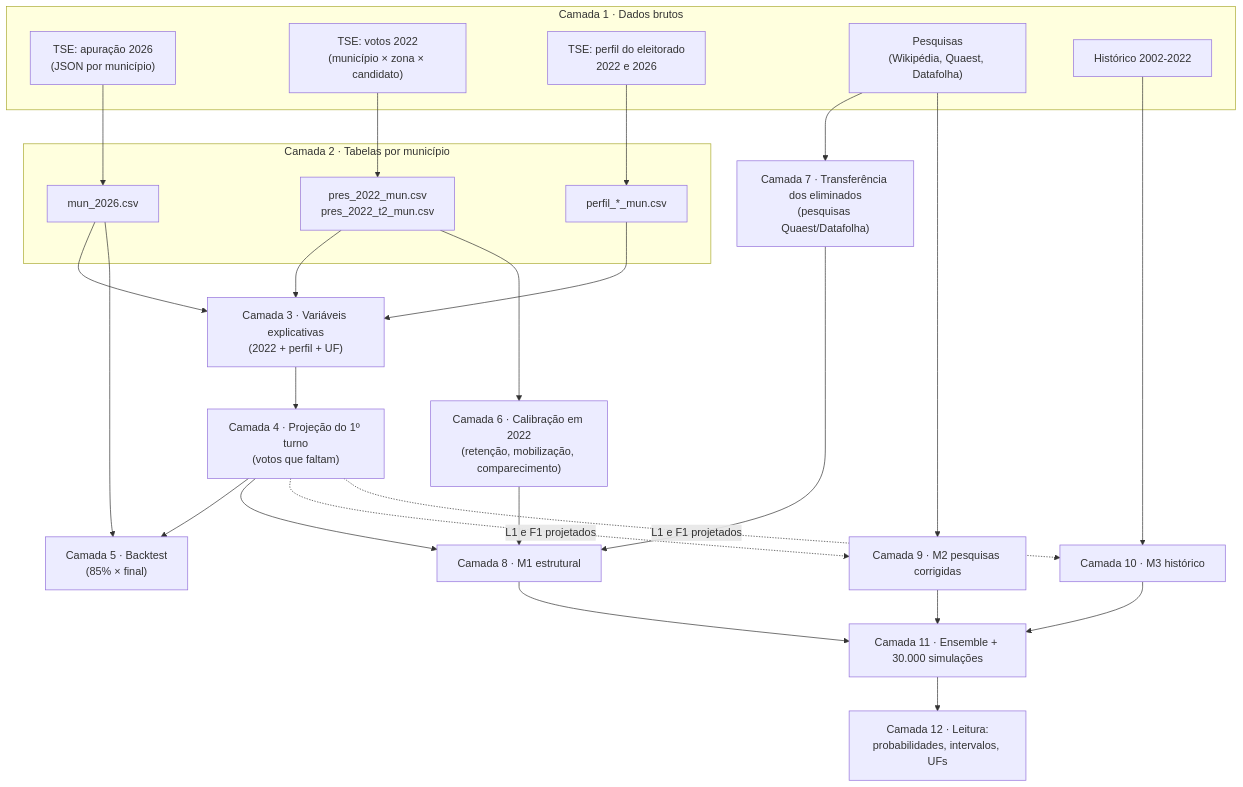
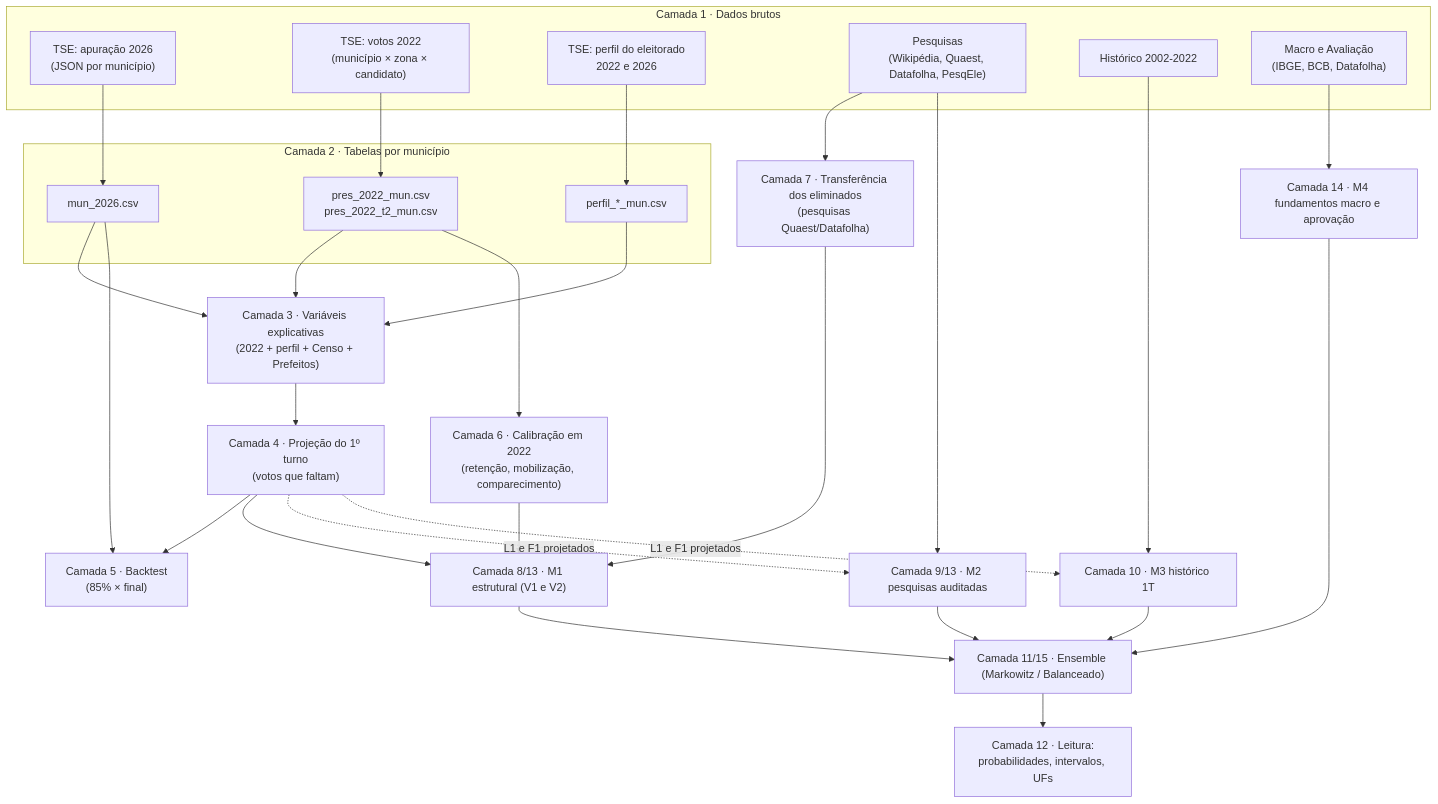
Before and after one commit to berndof/eleicao-2026: the diagram in docs/camadas.pt.md, drawn with Mermaid. The commit also changed other lines of this file and 21 other files, not shown here.

````diff
--- a/docs/camadas.pt.md
+++ b/docs/camadas.pt.md
@@ -12,39 +12,42 @@
 ```mermaid
 flowchart TD
     subgraph L1["Camada 1 · Dados brutos"]
         R1["TSE: apuração 2026<br/>(JSON por município)"]
         R2["TSE: votos 2022<br/>(município × zona × candidato)"]
         R3["TSE: perfil do eleitorado<br/>2022 e 2026"]
-        R4["Pesquisas<br/>(Wikipédia, Quaest, Datafolha)"]
+        R4["Pesquisas<br/>(Wikipédia, Quaest, Datafolha, PesqEle)"]
         R5["Histórico 2002-2022"]
+        R6["Macro e Avaliação<br/>(IBGE, BCB, Datafolha)"]
     end
     subgraph L2["Camada 2 · Tabelas por município"]
         T1["mun_2026.csv"]
         T2["pres_2022_mun.csv<br/>pres_2022_t2_mun.csv"]
         T3["perfil_*_mun.csv"]
     end
-    F["Camada 3 · Variáveis explicativas<br/>(2022 + perfil + UF)"]
+    F["Camada 3 · Variáveis explicativas<br/>(2022 + perfil + Censo + Prefeitos)"]
     P1["Camada 4 · Projeção do 1º turno<br/>(votos que faltam)"]
     BT["Camada 5 · Backtest<br/>(85% × final)"]
     CAL["Camada 6 · Calibração em 2022<br/>(retenção, mobilização, comparecimento)"]
     TR["Camada 7 · Transferência dos eliminados<br/>(pesquisas Quaest/Datafolha)"]
-    M1["Camada 8 · M1 estrutural"]
-    M2["Camada 9 · M2 pesquisas corrigidas"]
-    M3["Camada 10 · M3 histórico"]
-    ENS["Camada 11 · Ensemble + 30.000 simulações"]
+    M1["Camada 8/13 · M1 estrutural (V1 e V2)"]
+    M2["Camada 9/13 · M2 pesquisas auditadas"]
+    M3["Camada 10 · M3 histórico 1T"]
+    M4["Camada 14 · M4 fundamentos macro e aprovação"]
+    ENS["Camada 11/15 · Ensemble (Markowitz / Balanceado)"]
     OUT["Camada 12 · Leitura:<br/>probabilidades, intervalos, UFs"]
     R1 --> T1
     R2 --> T2
     R3 --> T3
     T1 & T2 & T3 --> F --> P1
     T1 --> BT
     P1 --> BT
     P1 --> M1
     T2 --> CAL --> M1
     R4 --> TR --> M1
     R4 --> M2
     P1 -. "L1 e F1 projetados" .-> M2
     R5 --> M3
     P1 -. "L1 e F1 projetados" .-> M3
-    M1 & M2 & M3 --> ENS --> OUT
+    R6 --> M4
+    M1 & M2 & M3 & M4 --> ENS --> OUT
 ```
````
